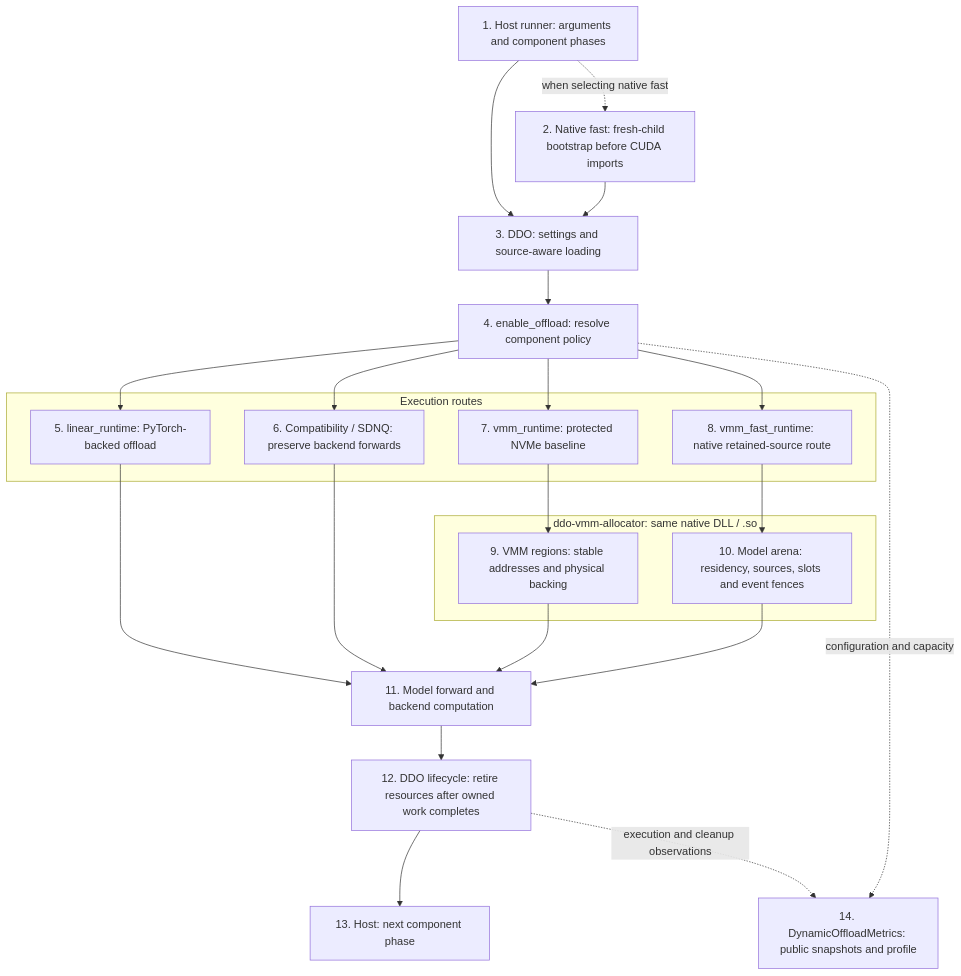
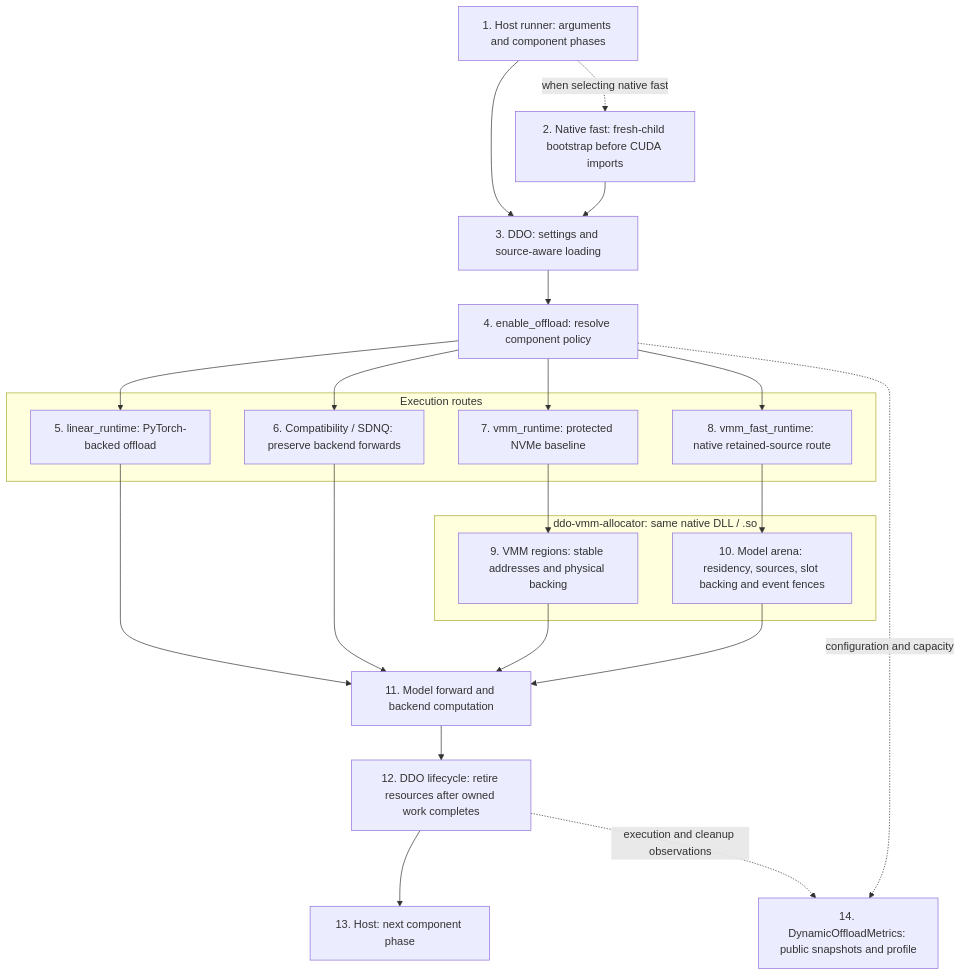
Before and after one commit to DEVAIEXP/diffusers-dynamic-offloader: the first of 2 diagrams in docs/developer/architecture.md, drawn with Mermaid. The commit also changed other lines of this file and 13 other files, not shown here.

````diff
--- a/docs/developer/architecture.md
+++ b/docs/developer/architecture.md
@@ -5,40 +5,40 @@
 ```mermaid
 flowchart TB
     host["1. Host runner: arguments and component phases"]
     bootstrap["2. Native fast: fresh-child bootstrap before CUDA imports"]
     setup["3. DDO: settings and source-aware loading"]
     policy["4. enable_offload: resolve component policy"]
 
     host --> setup
     host -. "when selecting native fast" .-> bootstrap
     bootstrap --> setup
     setup --> policy
 
     subgraph routes["Execution routes"]
         linear["5. linear_runtime: PyTorch-backed offload"]
         backend["6. Compatibility / SDNQ: preserve backend forwards"]
         nvme["7. vmm_runtime: protected NVMe baseline"]
         fast["8. vmm_fast_runtime: native retained-source route"]
     end
 
     policy --> linear
     policy --> backend
     policy --> nvme
     policy --> fast
 
     subgraph allocator["ddo-vmm-allocator: same native DLL / .so"]
         regions["9. VMM regions: stable addresses and physical backing"]
-        arena["10. Model arena: residency, sources, slots and event fences"]
+        arena["10. Model arena: residency, sources, slot backing and event fences"]
     end
 
     nvme --> regions
     fast --> arena
     linear --> compute["11. Model forward and backend computation"]
     backend --> compute
     regions --> compute
     arena --> compute
     compute --> retire["12. DDO lifecycle: retire resources after owned work completes"]
     retire --> next["13. Host: next component phase"]
     policy -. "configuration and capacity" .-> report["14. DynamicOffloadMetrics: public snapshots and profile"]
     retire -. "execution and cleanup observations" .-> report
 ```
````
